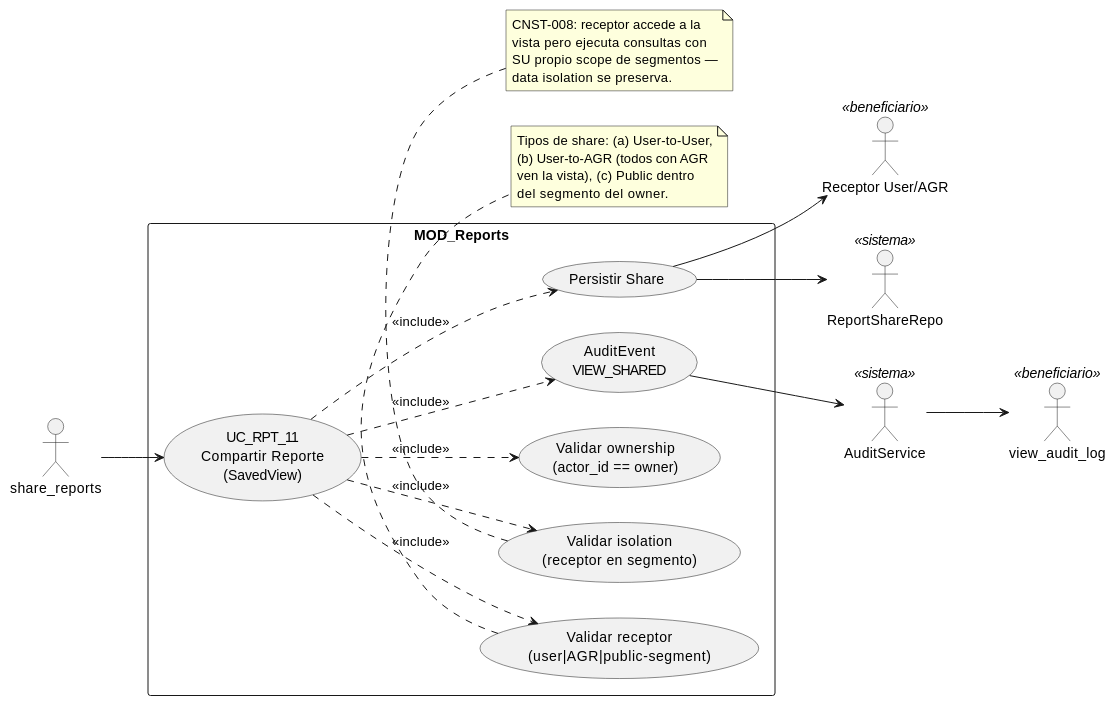
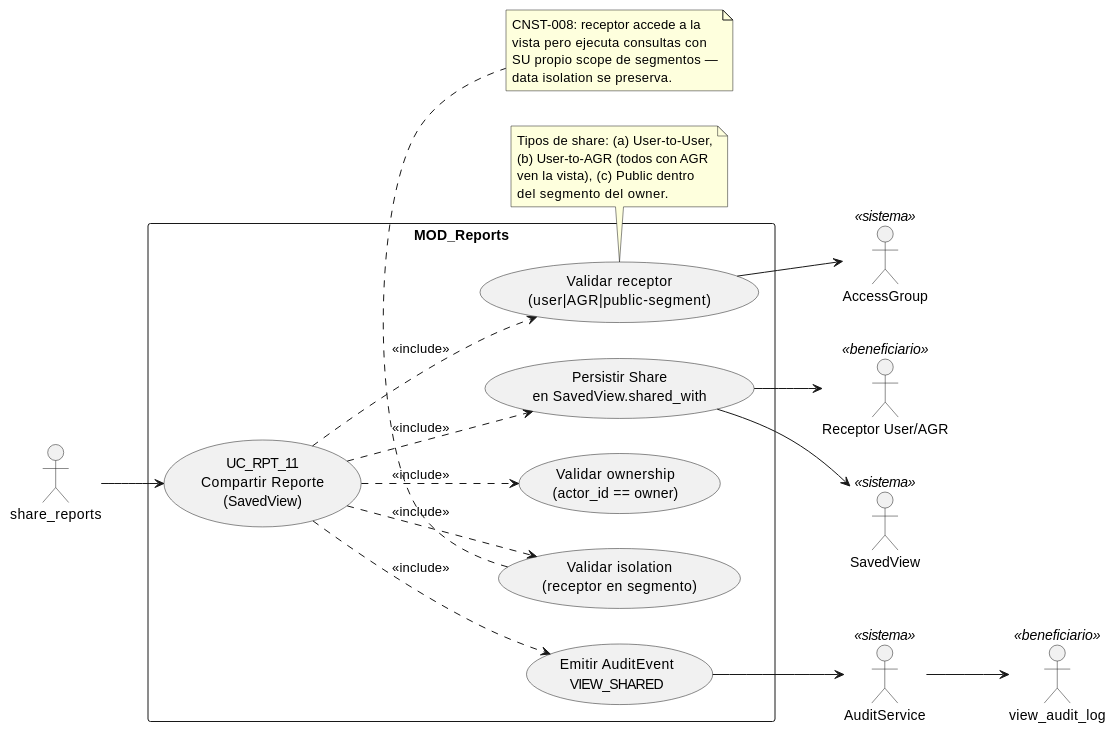
Before and after one commit to jcg-admin/IACT-docs: the diagram in source/requisitos/casos-uso/reports/uc-rpt-11/diagramas-uml/diagrama-de-caso-de-uso.rst, drawn with PlantUML. The commit also changed other lines of this file and 52 other files, not shown here.

```diff
--- a/source/requisitos/casos-uso/reports/uc-rpt-11/diagramas-uml/diagrama-de-caso-de-uso.rst
+++ b/source/requisitos/casos-uso/reports/uc-rpt-11/diagramas-uml/diagrama-de-caso-de-uso.rst
@@ -4,49 +4,51 @@
 .. uml::
  :caption: UC_RPT_11 — actores y casos asociados
 
  @startuml
 
  left to right direction
 
  actor "share_reports" as INVOKER
  actor "Receptor User/AGR" as RECEPTOR <<beneficiario>>
- actor "ReportShareRepo" as REPO <<sistema>>
- actor "AuditService" as AUDITS <<sistema>>
+ actor "SavedView" as SV <<sistema>>
+ actor "AccessGroup" as AG <<sistema>>
+ actor "AuditService" as AS <<sistema>>
  actor "view_audit_log" as view_audit_log <<beneficiario>>
 
  rectangle "MOD_Reports" {
    usecase "UC_RPT_11\nCompartir Reporte\n(SavedView)" as UC_RPT_11
    usecase "Validar ownership\n(actor_id == owner)" as OWNER
    usecase "Validar receptor\n(user|AGR|public-segment)" as RECEPTOR_VAL
    usecase "Validar isolation\n(receptor en segmento)" as ISOLATION
-   usecase "Persistir Share" as PERSIST
-   usecase "AuditEvent\nVIEW_SHARED" as AUDIT
+   usecase "Persistir Share\nen SavedView.shared_with" as PERSIST
+   usecase "Emitir AuditEvent\nVIEW_SHARED" as AUDIT
  }
 
  INVOKER --> UC_RPT_11
  UC_RPT_11 ..> OWNER : <<include>>
  UC_RPT_11 ..> RECEPTOR_VAL : <<include>>
  UC_RPT_11 ..> ISOLATION : <<include>>
  UC_RPT_11 ..> PERSIST : <<include>>
  UC_RPT_11 ..> AUDIT : <<include>>
 
- PERSIST --> REPO
+ PERSIST --> SV
+ RECEPTOR_VAL --> AG
  PERSIST --> RECEPTOR
- AUDIT --> AUDITS
- AUDITS --> view_audit_log
+ AUDIT --> AS
+ AS --> view_audit_log
 
  note bottom of RECEPTOR_VAL
    Tipos de share: (a) User-to-User,
    (b) User-to-AGR (todos con AGR
    ven la vista), (c) Public dentro
    del segmento del owner.
  end note
 
  note bottom of ISOLATION
    CNST-008: receptor accede a la
    vista pero ejecuta consultas con
    SU propio scope de segmentos —
    data isolation se preserva.
  end note
 
  @enduml
```
